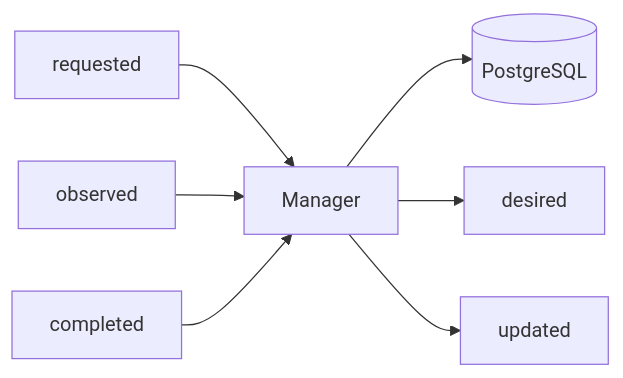
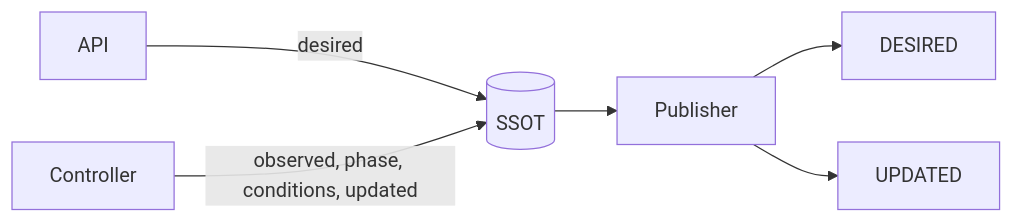
The fourth of 16 diagrams in docs/loop/RESOURCE-CONTROL-LOOP.md (danielsabatini/smarkee), drawn with Mermaid before and after one commit. The commit also changed other lines of this file, not shown here.

````diff
--- a/docs/loop/RESOURCE-CONTROL-LOOP.md
+++ b/docs/loop/RESOURCE-CONTROL-LOOP.md
@@ -407,13 +392,8 @@
 ```mermaid
 flowchart LR
-    Requested[requested] --> Manager
-
-    Manager --> SSOT[(PostgreSQL)]
-
-    Manager --> Desired[desired]
-
-    Observed[observed] --> Manager
-    Completed[completed] --> Manager
-
-    Manager --> Updated[updated]
+    API[API] -->|desired| SSOT[(SSOT)]
+    Controller[Controller] -->|observed, phase, conditions, updated| SSOT
+    SSOT --> Publisher[Publisher]
+    Publisher --> Desired[DESIRED]
+    Publisher --> Updated[UPDATED]
 ```
````
